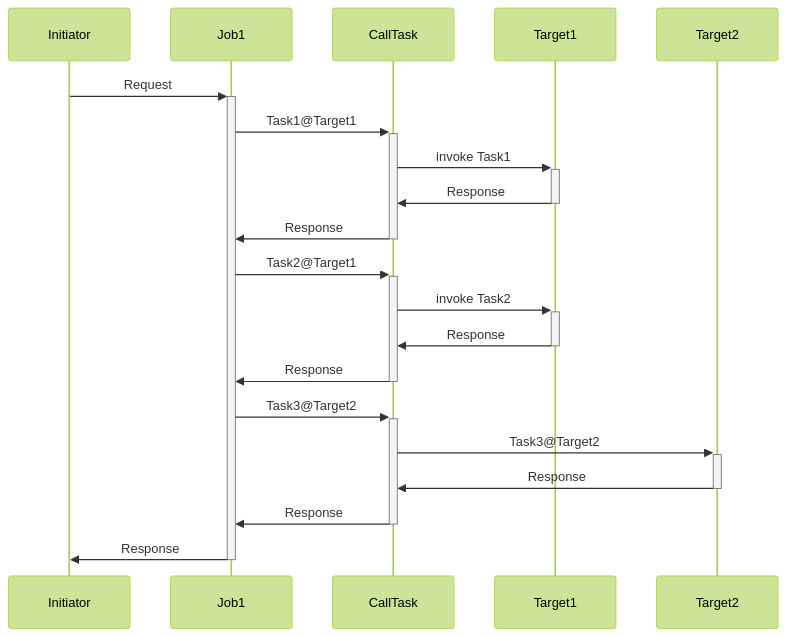
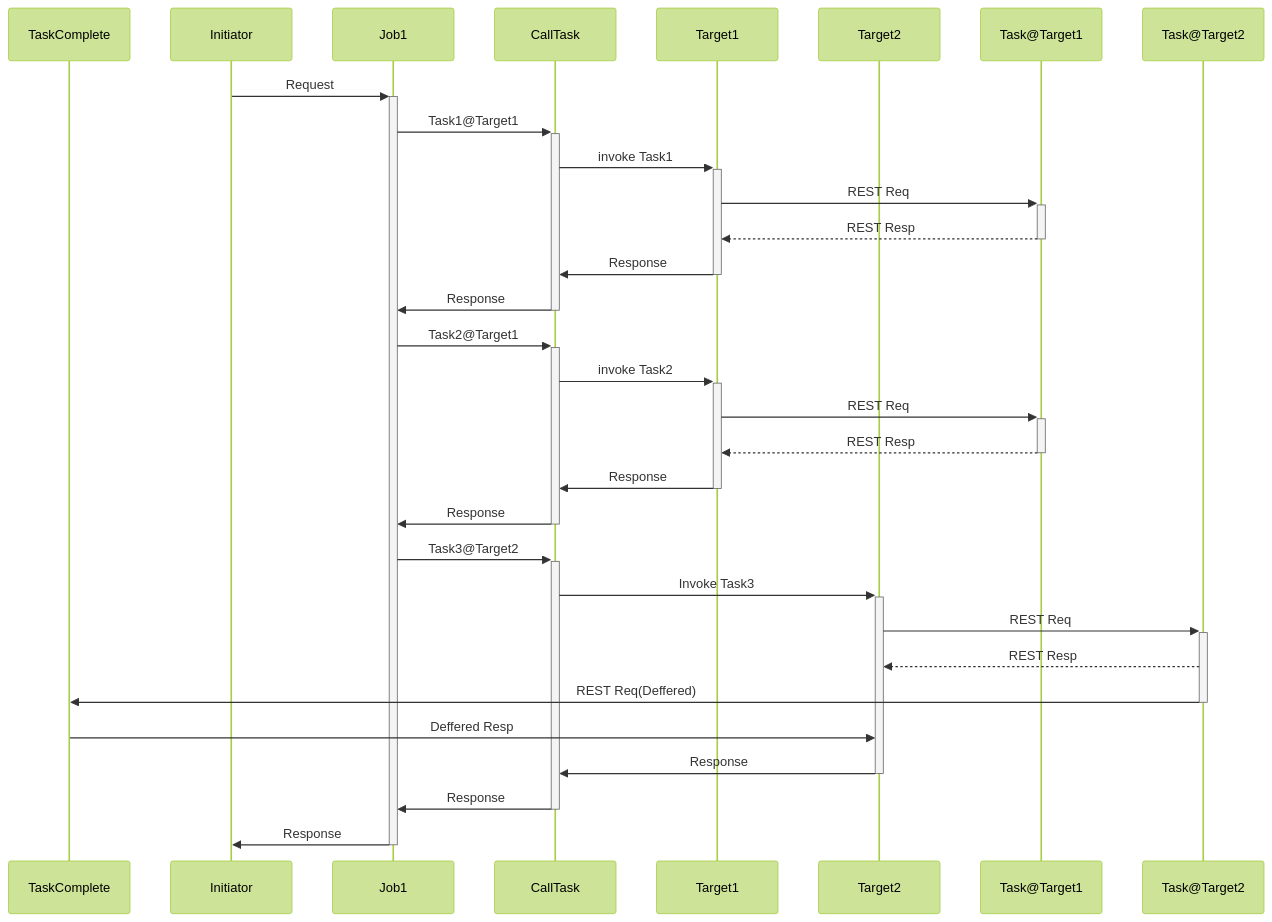
The diagram in README.md (IRISMeister/jobmanagement), drawn with Mermaid (forest theme) before and after one commit. The commit also changed other lines of this file and 6 other files, not shown here.

````diff
--- a/README.md
+++ b/README.md
@@ -75,21 +75,47 @@
 ```mermaid
 sequenceDiagram
+
+participant TaskComplete
+participant Initiator
+participant Job1
+participant CallTask
+participant Target1
+participant Target2
+
 Initiator->>+Job1: Request
 
 Job1->>+CallTask: Task1@Target1
+
 CallTask->>+Target1: invoke Task1
+
+Target1->>+Task@Target1:REST Req
+Task@Target1-->>-Target1:REST Resp
+
+
 Target1->>-CallTask: Response
 CallTask->>-Job1: Response
 
 Job1->>+CallTask: Task2@Target1
 CallTask->>+Target1: invoke Task2
+
+Target1->>+Task@Target1:REST Req
+Task@Target1-->>-Target1:REST Resp
+
 Target1->>-CallTask: Response
 CallTask->>-Job1: Response
 
 Job1->>+CallTask: Task3@Target2
-CallTask->>+Target2: Task3@Target2
+
+CallTask->>+Target2: Invoke Task3
+
+Target2->>+Task@Target2:REST Req
+Task@Target2-->>Target2:REST Resp
+
+Task@Target2->>-TaskComplete:REST Req(Deffered)
+TaskComplete->>Target2:Deffered Resp
+
 Target2->>-CallTask: Response
 CallTask->>-Job1: Response
 
 Job1->>-Initiator: Response
 ```
````
